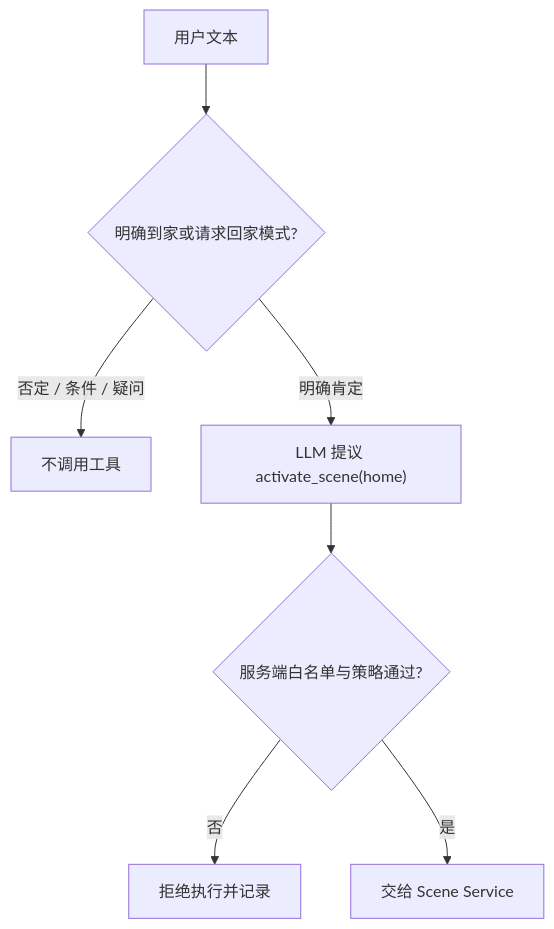
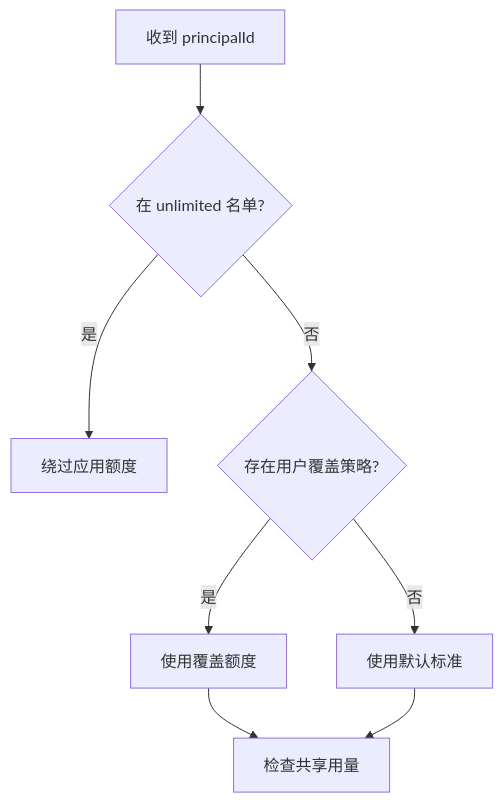
One commit to zhangys10/mijia-web-console changed the fifth of 14 diagrams in docs/ai-home-poc-design.md. Above: the diagram before and after it, drawn with Mermaid. The commit also changed other lines of this file, not shown here.

Commit message:
docs: redesign AI Home around Makers Agent gateway

````diff
--- a/docs/ai-home-poc-design.md
+++ b/docs/ai-home-poc-design.md
@@ -546,9 +161,10 @@
 ```mermaid
 flowchart TD
-    A["用户文本"] --> B{"明确到家或请求回家模式?"}
-    B -- 否定 / 条件 / 疑问 --> C["不调用工具"]
-    B -- 明确肯定 --> D["LLM 提议 activate_scene(home)"]
-    D --> E{"服务端白名单与策略通过?"}
-    E -- 否 --> F["拒绝执行并记录"]
-    E -- 是 --> G["交给 Scene Service"]
+    A["收到 principalId"] --> B{"在 unlimited 名单?"}
+    B -- 是 --> C["绕过应用额度"]
+    B -- 否 --> D{"存在用户覆盖策略?"}
+    D -- 是 --> E["使用覆盖额度"]
+    D -- 否 --> F["使用默认标准"]
+    E --> G["检查共享用量"]
+    F --> G
 ```
````
